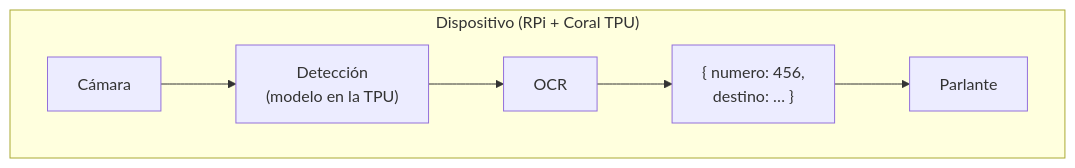
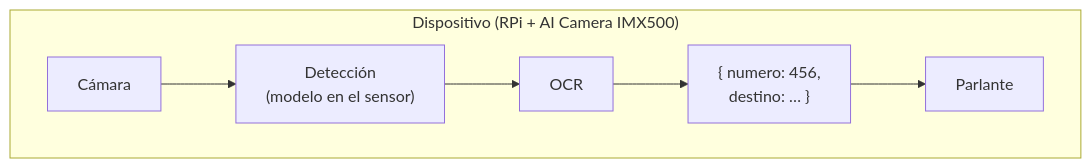
One commit to juanlu-a/viro_vision changed the third of 4 diagrams in docs/architecture/README.md. Above: the diagram before and after it, drawn with Mermaid. The commit also changed other lines of this file and 15 other files, not shown here.

````diff
--- a/docs/architecture/README.md
+++ b/docs/architecture/README.md
@@ -108,10 +109,10 @@
 ```mermaid
 flowchart LR
-    subgraph HW["Dispositivo (RPi + Coral TPU)"]
+    subgraph HW["Dispositivo (RPi + AI Camera IMX500)"]
         direction LR
-        CAM["Cámara"] --> YOLO["Detección<br/>(modelo en la TPU)"]
+        CAM["Cámara"] --> YOLO["Detección<br/>(modelo en el sensor)"]
         YOLO --> OCR["OCR"]
         OCR --> JSON["{ numero: 456,<br/>destino: … }"]
         JSON --> SPK["Parlante"]
     end
 ```
````
